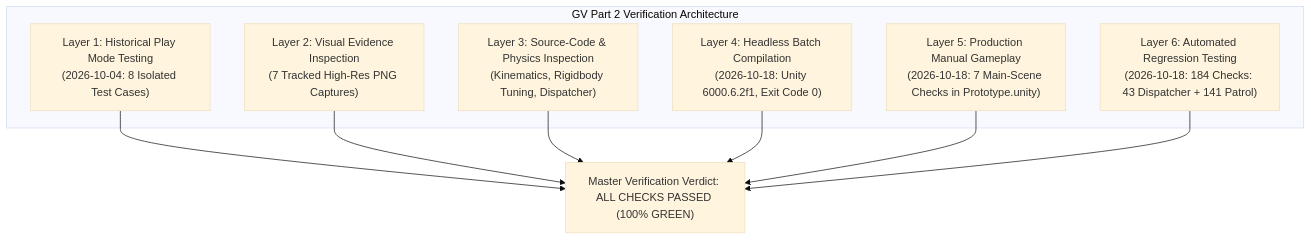
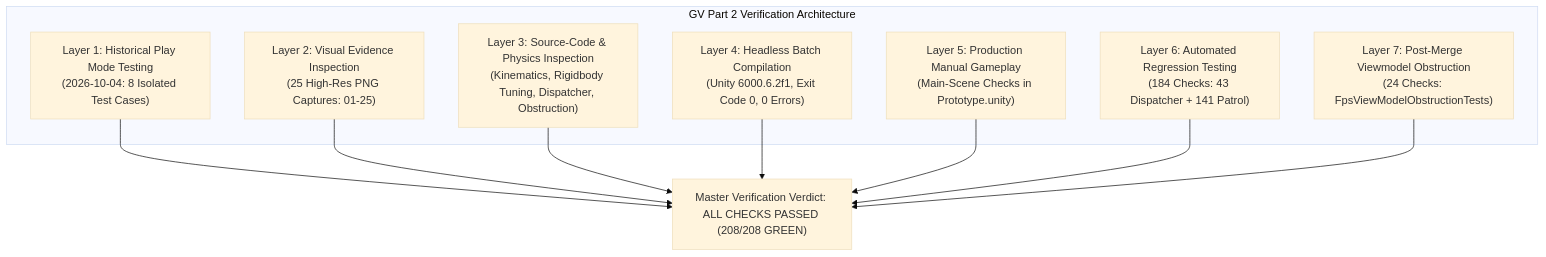
The diagram in docs/individual/IT24102587_GV_Part2_Verification_Log.md (Kunchana-Wijesinghe/Interactive-3D-Shooting-Game-GV-IS), drawn with Mermaid (base theme) before and after one commit. The commit also changed other lines of this file and 13 other files, not shown here.

Commit message:
fix(fps): prevent weapon clipping and document visual verification

````diff
--- a/docs/individual/IT24102587_GV_Part2_Verification_Log.md
+++ b/docs/individual/IT24102587_GV_Part2_Verification_Log.md
@@ -36,17 +38,19 @@
 ```mermaid
 graph TD
     subgraph Verification_Layers["GV Part 2 Verification Architecture"]
         L1["Layer 1: Historical Play Mode Testing<br/>(2026-10-04: 8 Isolated Test Cases)"]
-        L2["Layer 2: Visual Evidence Inspection<br/>(7 Tracked High-Res PNG Captures)"]
-        L3["Layer 3: Source-Code & Physics Inspection<br/>(Kinematics, Rigidbody Tuning, Dispatcher)"]
-        L4["Layer 4: Headless Batch Compilation<br/>(2026-10-18: Unity 6000.6.2f1, Exit Code 0)"]
-        L5["Layer 5: Production Manual Gameplay<br/>(2026-10-18: 7 Main-Scene Checks in Prototype.unity)"]
-        L6["Layer 6: Automated Regression Testing<br/>(2026-10-18: 184 Checks: 43 Dispatcher + 141 Patrol)"]
+        L2["Layer 2: Visual Evidence Inspection<br/>(25 High-Res PNG Captures: 01-25)"]
+        L3["Layer 3: Source-Code & Physics Inspection<br/>(Kinematics, Rigidbody Tuning, Dispatcher, Obstruction)"]
+        L4["Layer 4: Headless Batch Compilation<br/>(Unity 6000.6.2f1, Exit Code 0, 0 Errors)"]
+        L5["Layer 5: Production Manual Gameplay<br/>(Main-Scene Checks in Prototype.unity)"]
+        L6["Layer 6: Automated Regression Testing<br/>(184 Checks: 43 Dispatcher + 141 Patrol)"]
+        L7["Layer 7: Post-Merge Viewmodel Obstruction<br/>(24 Checks: FpsViewModelObstructionTests)"]
     end
-    L1 --> MasterReport["Master Verification Verdict: ALL CHECKS PASSED (100% GREEN)"]
+    L1 --> MasterReport["Master Verification Verdict: ALL CHECKS PASSED (208/208 GREEN)"]
     L2 --> MasterReport
     L3 --> MasterReport
     L4 --> MasterReport
     L5 --> MasterReport
     L6 --> MasterReport
+    L7 --> MasterReport
 ```
````
